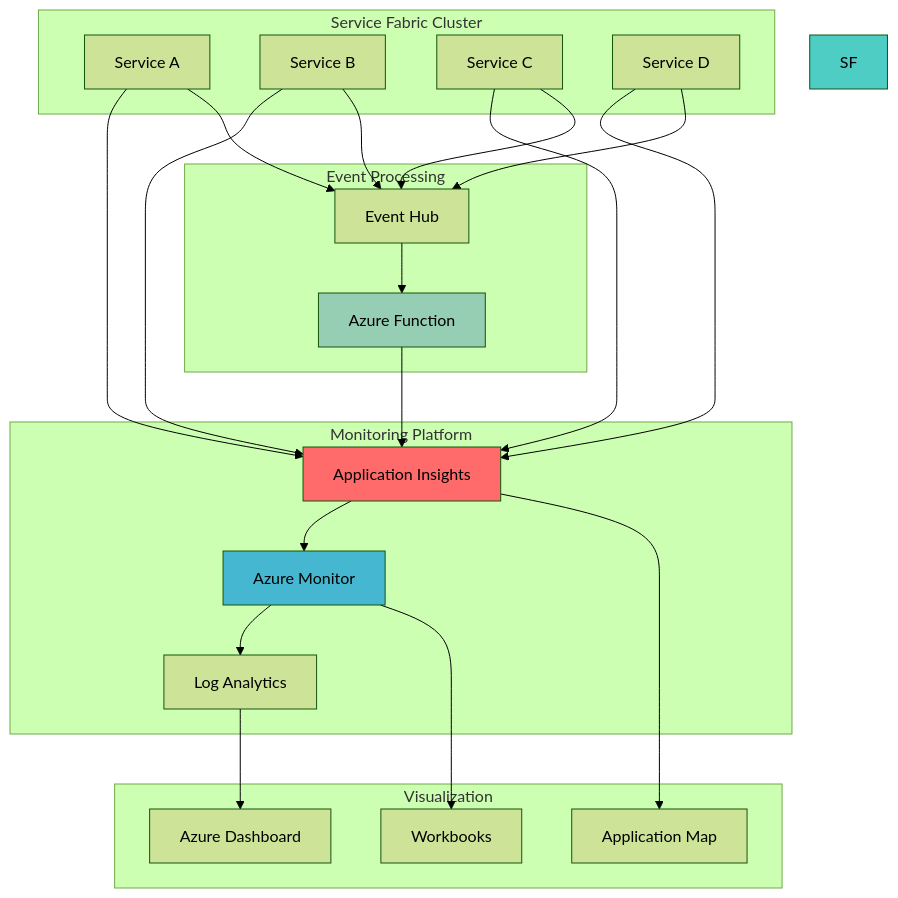
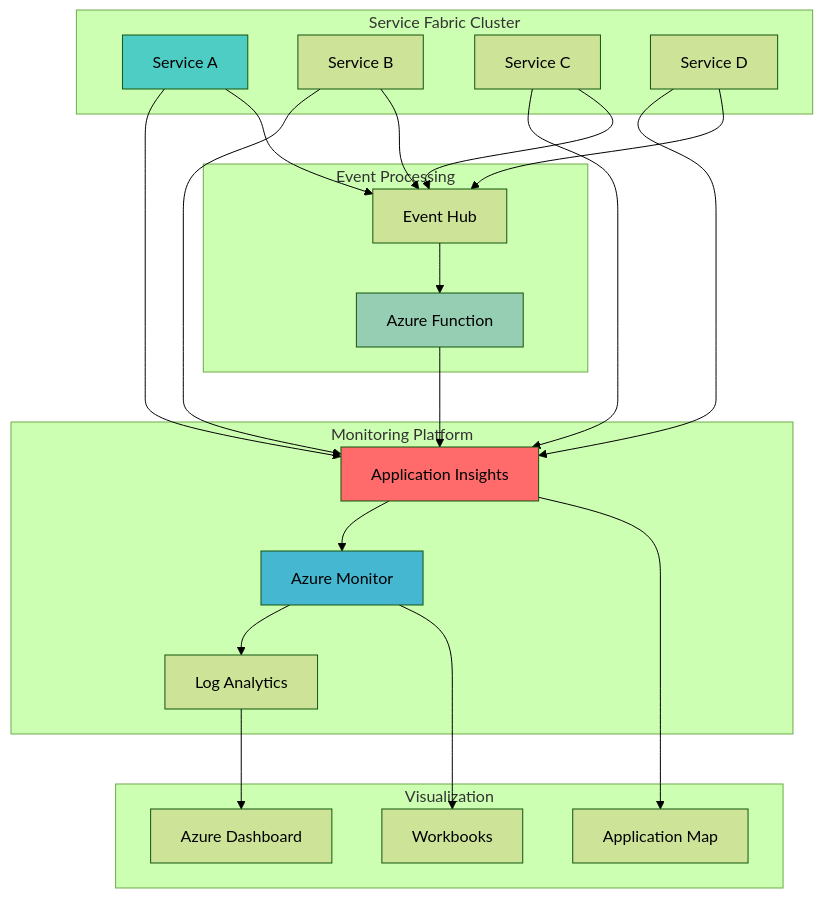
One commit to mzazon/awesome-cloud-projects changed the diagram in azure/microservices-observability-service-fabric-insights/microservices-observability-service-fabric-insights.md. Above: the diagram before and after it, drawn with Mermaid (forest theme). The commit also changed other lines of this file and 5581 other files, not shown here.

````diff
--- a/azure/microservices-observability-service-fabric-insights/microservices-observability-service-fabric-insights.md
+++ b/azure/microservices-observability-service-fabric-insights/microservices-observability-service-fabric-insights.md
@@ -30,50 +30,50 @@
 ```mermaid
 graph TB
     subgraph "Service Fabric Cluster"
         SFA[Service A]
         SFB[Service B]
         SFC[Service C]
         SFD[Service D]
     end
     
     subgraph "Event Processing"
         AF[Azure Function]
         EH[Event Hub]
     end
     
     subgraph "Monitoring Platform"
         AI[Application Insights]
         AM[Azure Monitor]
         LA[Log Analytics]
     end
     
     subgraph "Visualization"
         DB[Azure Dashboard]
         AB[Application Map]
         WB[Workbooks]
     end
     
     SFA --> AI
     SFB --> AI
     SFC --> AI
     SFD --> AI
     
     SFA --> EH
     SFB --> EH
     SFC --> EH
     SFD --> EH
     
     EH --> AF
     AF --> AI
     
     AI --> AM
     AM --> LA
     LA --> DB
     AI --> AB
     AM --> WB
     
     style AI fill:#FF6B6B
-    style SF fill:#4ECDC4
+    style SFA fill:#4ECDC4
     style AM fill:#45B7D1
     style AF fill:#96CEB4
 ```
````
